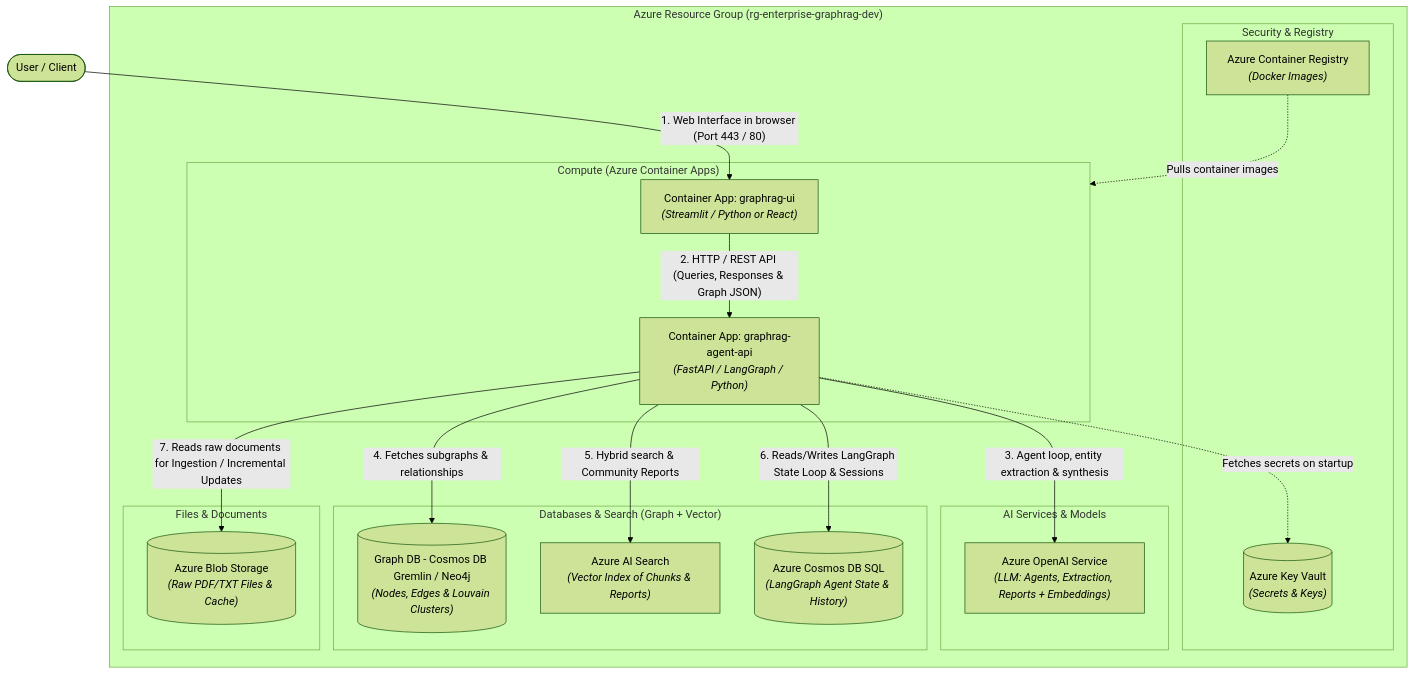
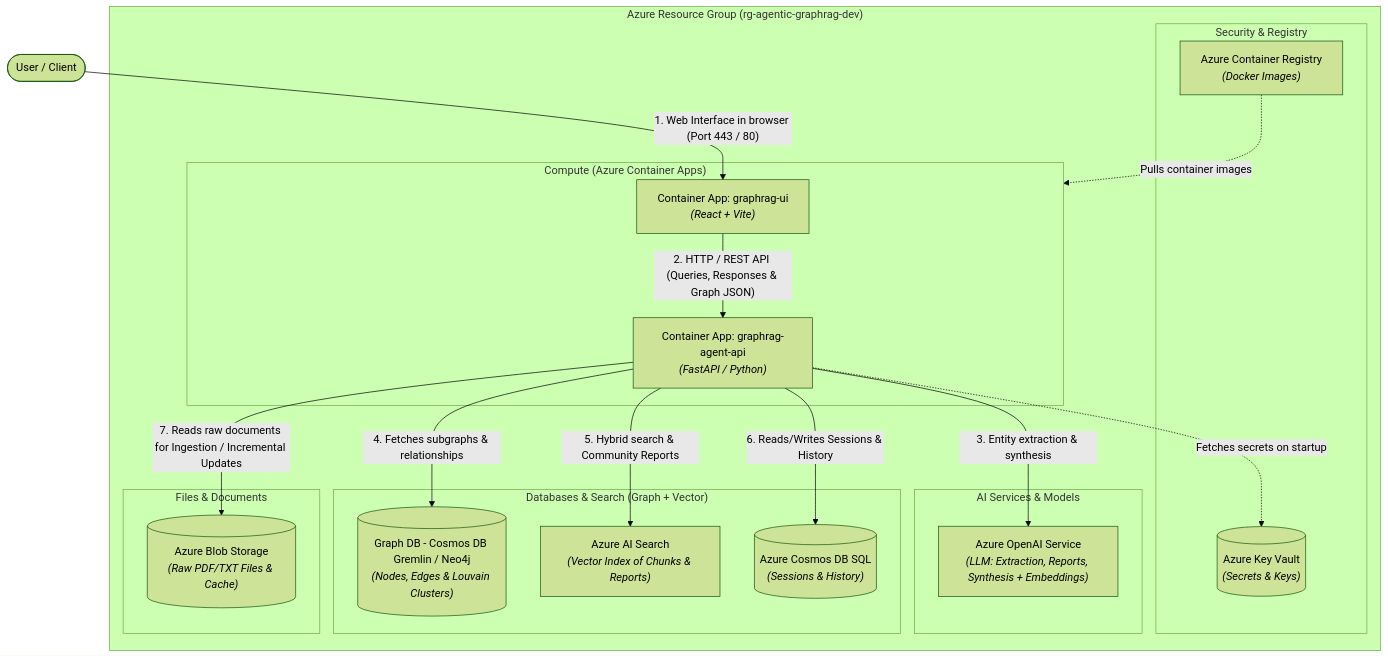
Before and after one commit to sebastianbrzustowicz/Agentic-GraphRAG-Blueprint: the second of 4 diagrams in README.md, drawn with Mermaid (forest theme). The commit also changed other lines of this file and 3 other files, not shown here.

Commit message:
docs: overhaul README, drop LangGraph/enterprise, rename resource group

````diff
--- a/README.md
+++ b/README.md
@@ -27,42 +33,42 @@
 ```mermaid
 flowchart TD
     User([User / Client])
 
-    subgraph Azure ["Azure Resource Group (rg-enterprise-graphrag-dev)"]
+    subgraph Azure ["Azure Resource Group (rg-agentic-graphrag-dev)"]
         
         subgraph Compute ["Compute (Azure Container Apps)"]
-            UI["Container App: graphrag-ui<br/><i>(Streamlit / Python or React)</i>"]
-            API["Container App: graphrag-agent-api<br/><i>(FastAPI / LangGraph / Python)</i>"]
+            UI["Container App: graphrag-ui<br/><i>(React + Vite)</i>"]
+            API["Container App: graphrag-agent-api<br/><i>(FastAPI / Python)</i>"]
         end
 
         subgraph Security ["Security & Registry"]
             KV[("Azure Key Vault<br/><i>(Secrets & Keys)</i>")]
             ACR["Azure Container Registry<br/><i>(Docker Images)</i>"]
         end
 
         subgraph AIServices ["AI Services & Models"]
-            AOAI["Azure OpenAI Service<br/><i>(LLM: Agents, Extraction, Reports + Embeddings)</i>"]
+            AOAI["Azure OpenAI Service<br/><i>(LLM: Extraction, Reports, Synthesis + Embeddings)</i>"]
         end
 
         subgraph Databases ["Databases & Search (Graph + Vector)"]
             GraphDB[("Graph DB - Cosmos DB Gremlin / Neo4j<br/><i>(Nodes, Edges & Louvain Clusters)</i>")]
             Search["Azure AI Search<br/><i>(Vector Index of Chunks & Reports)</i>"]
-            StateDB[("Azure Cosmos DB SQL<br/><i>(LangGraph Agent State & History)</i>")]
+            StateDB[("Azure Cosmos DB SQL<br/><i>(Sessions & History)</i>")]
         end
 
         subgraph StorageData ["Files & Documents"]
             Blob[("Azure Blob Storage<br/><i>(Raw PDF/TXT Files & Cache)</i>")]
         end
     end
 
     User -->|"1. Web Interface in browser (Port 443 / 80)"| UI
     UI -->|"2. HTTP / REST API (Queries, Responses & Graph JSON)"| API
     ACR -.->|"Pulls container images"| Compute
     API -.->|"Fetches secrets on startup"| KV
     
-    API -->|"3. Agent loop, entity extraction & synthesis"| AOAI
+    API -->|"3. Entity extraction & synthesis"| AOAI
     API -->|"4. Fetches subgraphs & relationships"| GraphDB
     API -->|"5. Hybrid search & Community Reports"| Search
-    API -->|"6. Reads/Writes LangGraph State Loop & Sessions"| StateDB
+    API -->|"6. Reads/Writes Sessions & History"| StateDB
     API -->|"7. Reads raw documents for Ingestion / Incremental Updates"| Blob
 ```
````
